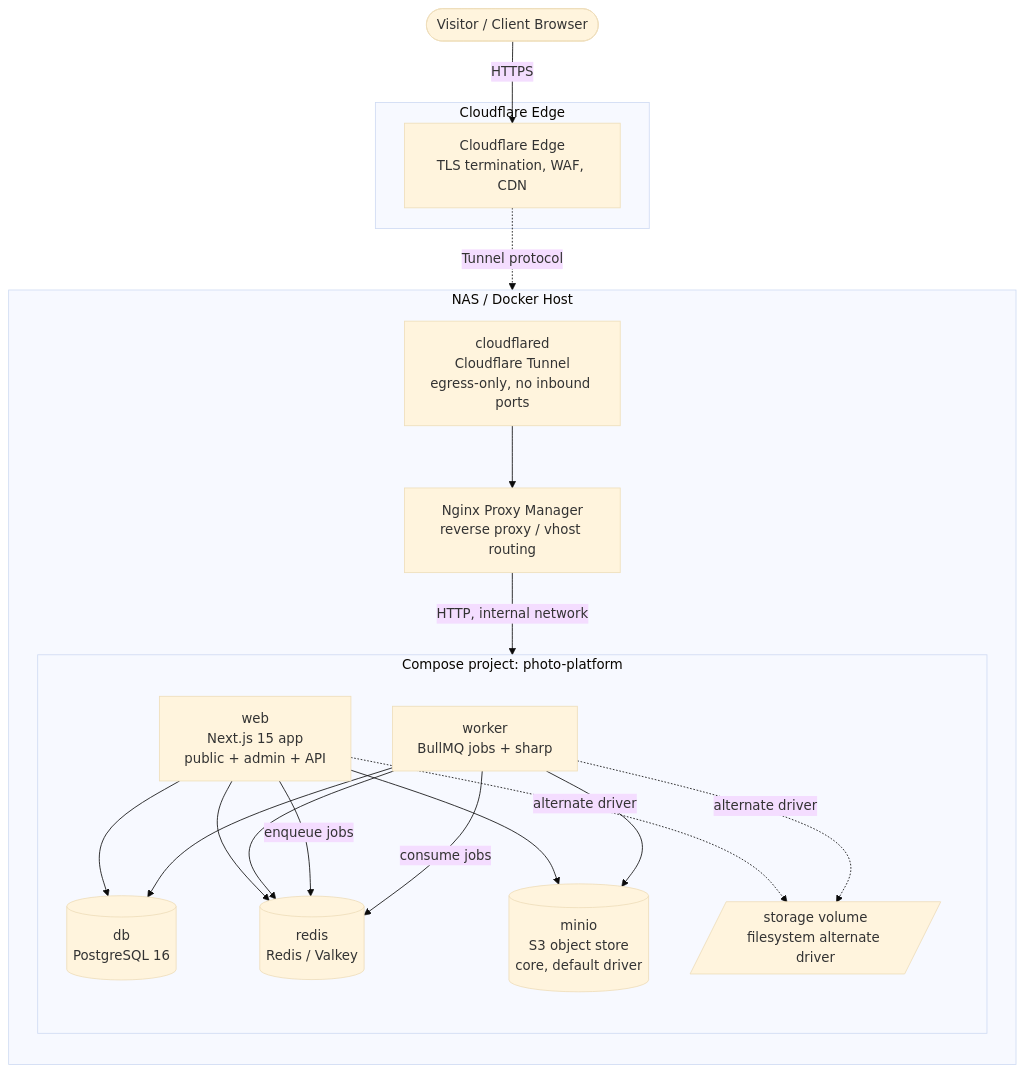
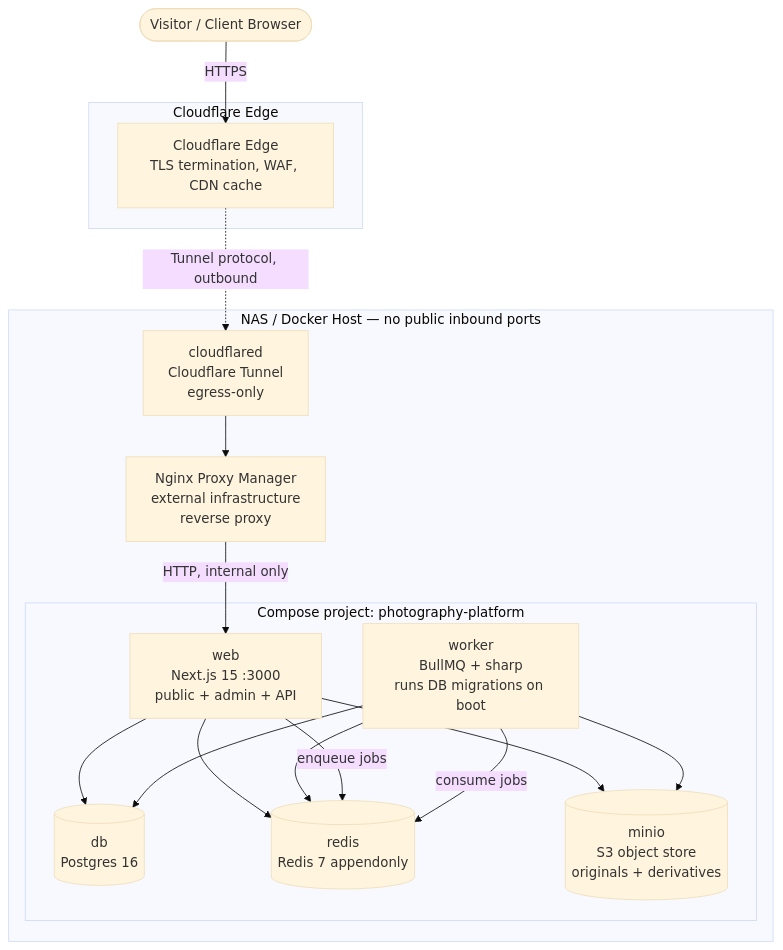
One commit to t0n003c/photography-platform changed the diagram in docs/DEPLOYMENT.md. Above: the diagram before and after it, drawn with Mermaid (base theme). The commit also changed other lines of this file and 5 other files, not shown here.

````diff
--- a/docs/DEPLOYMENT.md
+++ b/docs/DEPLOYMENT.md
@@ -15,41 +11,35 @@
 ```mermaid
 flowchart TD
     User([Visitor / Client Browser])
+
     subgraph CF[Cloudflare Edge]
-        Edge[Cloudflare Edge\nTLS termination, WAF, CDN]
+        Edge[Cloudflare Edge<br/>TLS termination, WAF, CDN cache]
     end
     User -->|HTTPS| Edge
 
-    subgraph NAS[NAS / Docker Host]
-        direction TB
-        Tunnel[cloudflared\nCloudflare Tunnel\negress-only, no inbound ports]
-        NPM[Nginx Proxy Manager\nreverse proxy / vhost routing]
+    subgraph NAS[NAS / Docker Host — no public inbound ports]
+        Tunnel[cloudflared<br/>Cloudflare Tunnel<br/>egress-only]
+        NPM[Nginx Proxy Manager<br/>external infrastructure<br/>reverse proxy]
 
-        subgraph Compose[Compose project: photo-platform]
-            direction TB
-            Web[web\nNext.js 15 app\npublic + admin + API]
-            Worker[worker\nBullMQ jobs + sharp]
-            DB[(db\nPostgreSQL 16)]
-            Redis[(redis\nRedis / Valkey)]
-            MinIO[(minio\nS3 object store\ncore, default driver)]
-            Storage[/storage volume\nfilesystem alternate driver/]
+        subgraph Compose[Compose project: photography-platform]
+            Web[web<br/>Next.js 15 :3000<br/>public + admin + API]
+            Worker[worker<br/>BullMQ + sharp<br/>runs DB migrations on boot]
+            DB[(db<br/>Postgres 16)]
+            Redis[(redis<br/>Redis 7 appendonly)]
+            MinIO[(minio<br/>S3 object store<br/>originals + derivatives)]
         end
     end
 
-    Edge -.->|Tunnel protocol| Tunnel
+    Edge -.->|Tunnel protocol, outbound| Tunnel
     Tunnel --> NPM
-    NPM -->|HTTP, internal network| Web
+    NPM -->|HTTP, internal only| Web
 
     Web --> DB
     Web --> Redis
     Web --> MinIO
-    Web -.->|alternate driver| Storage
-
     Worker --> DB
     Worker --> Redis
     Worker --> MinIO
-    Worker -.->|alternate driver| Storage
-
     Web -->|enqueue jobs| Redis
     Worker -->|consume jobs| Redis
 ```
````
